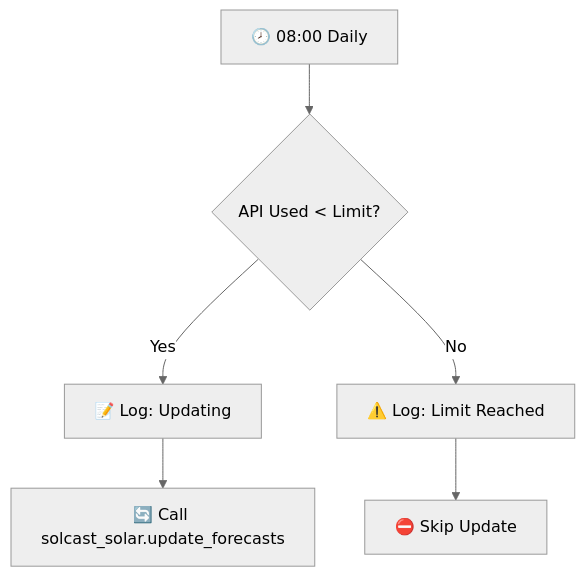
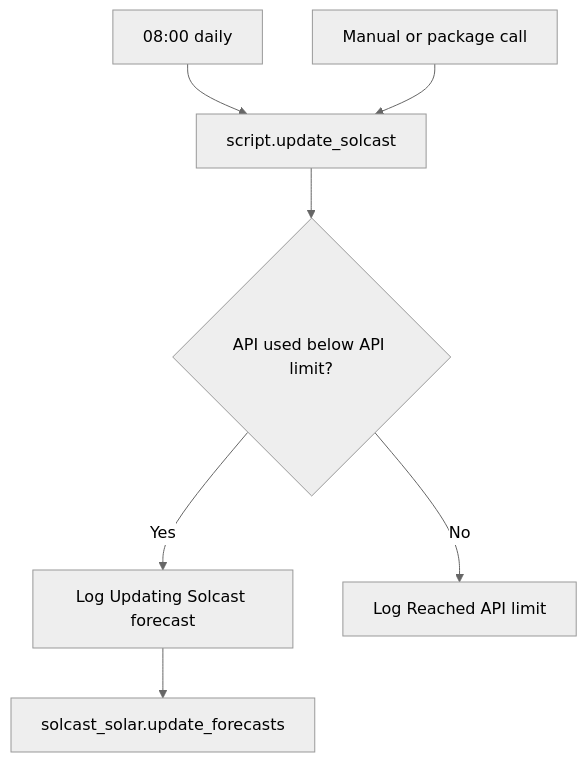
Before and after one commit to dannytsang/homeassistant-config: the diagram in packages/integrations/energy/solcast_README.md, drawn with Mermaid (neutral theme). The commit also changed other lines of this file and 60 other files, not shown here.

````diff
--- a/packages/integrations/energy/solcast_README.md
+++ b/packages/integrations/energy/solcast_README.md
@@ -102,8 +21,9 @@
 ```mermaid
 flowchart TD
-    A["🕗 08:00 Daily"] --> B{"API Used < Limit?"}
-    B -->|Yes| C["📝 Log: Updating"]
-    B -->|No| D["⚠️ Log: Limit Reached"]
-    C --> E["🔄 Call solcast_solar.update_forecasts"]
-    D --> F["⛔ Skip Update"]
+    Time[08:00 daily] --> Script[script.update_solcast]
+    Manual[Manual or package call] --> Script
+    Script --> Limit{API used below API limit?}
+    Limit -->|Yes| LogUpdate[Log Updating Solcast forecast]
+    LogUpdate --> Service[solcast_solar.update_forecasts]
+    Limit -->|No| LogLimit[Log Reached API limit]
 ```
````
